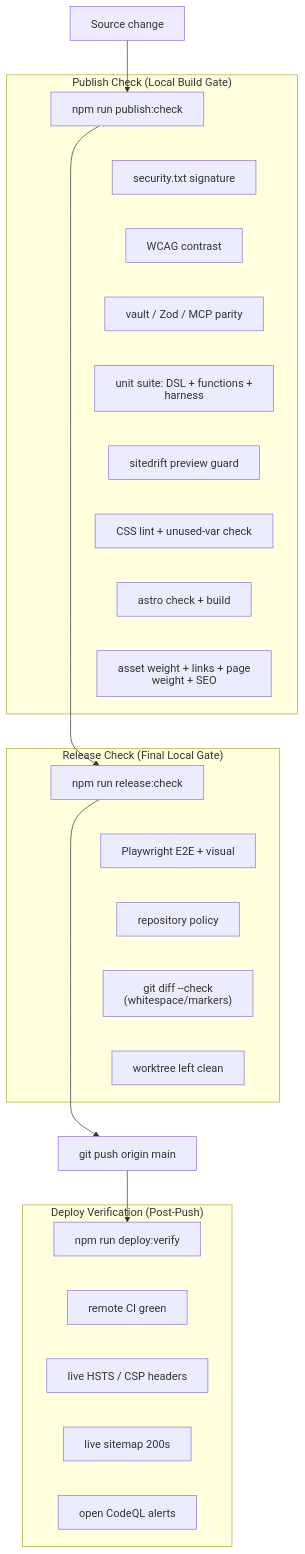
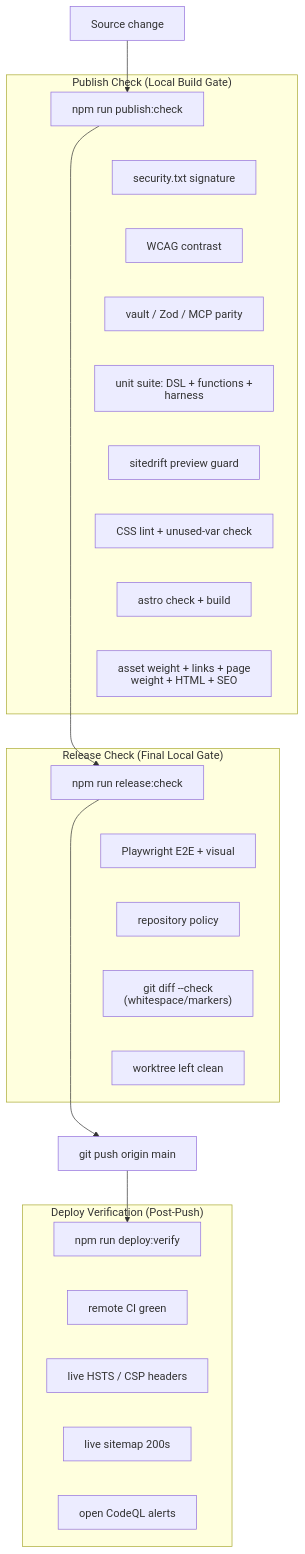
The diagram in tests/ARCHITECTURE.md (joeseverino/jseverino.com), drawn with Mermaid before and after one commit. The commit also changed other lines of this file and 12 other files, not shown here.

````diff
--- a/tests/ARCHITECTURE.md
+++ b/tests/ARCHITECTURE.md
@@ -63,43 +63,43 @@
 ```mermaid
 %%{init: { "htmlLabels": false } }%%
 graph TD
     A["Source change"] --> B
     B --> C
     C --> D["git push origin main"]
     D --> E
 
     subgraph publish ["Publish Check (Local Build Gate)"]
         B["npm run publish:check"]
         B1["security.txt signature"]
         B2["WCAG contrast"]
         B3["vault / Zod / MCP parity"]
         B8["unit suite: DSL + functions + harness"]
         B4["sitedrift preview guard"]
         B5["CSS lint + unused-var check"]
         B6["astro check + build"]
-        B7["asset weight + links + page weight + SEO"]
+        B7["asset weight + links + page weight + HTML + SEO"]
     end
 
     subgraph release ["Release Check (Final Local Gate)"]
         C["npm run release:check"]
         C1["Playwright E2E + visual"]
         C2["repository policy"]
         C3["git diff --check (whitespace/markers)"]
         C4["worktree left clean"]
     end
 
     subgraph deploy ["Deploy Verification (Post-Push)"]
         E["npm run deploy:verify"]
         E1["remote CI green"]
         E2["live HSTS / CSP headers"]
         E3["live sitemap 200s"]
         E4["open CodeQL alerts"]
     end
 
     %% Force vertical layout nesting
     B ~~~ B1 ~~~ B2 ~~~ B3 ~~~ B8 ~~~ B4 ~~~ B5 ~~~ B6 ~~~ B7
     B7 ~~~ C
     C ~~~ C1 ~~~ C2 ~~~ C3 ~~~ C4
     C4 ~~~ D
     E ~~~ E1 ~~~ E2 ~~~ E3 ~~~ E4
 ```
````
